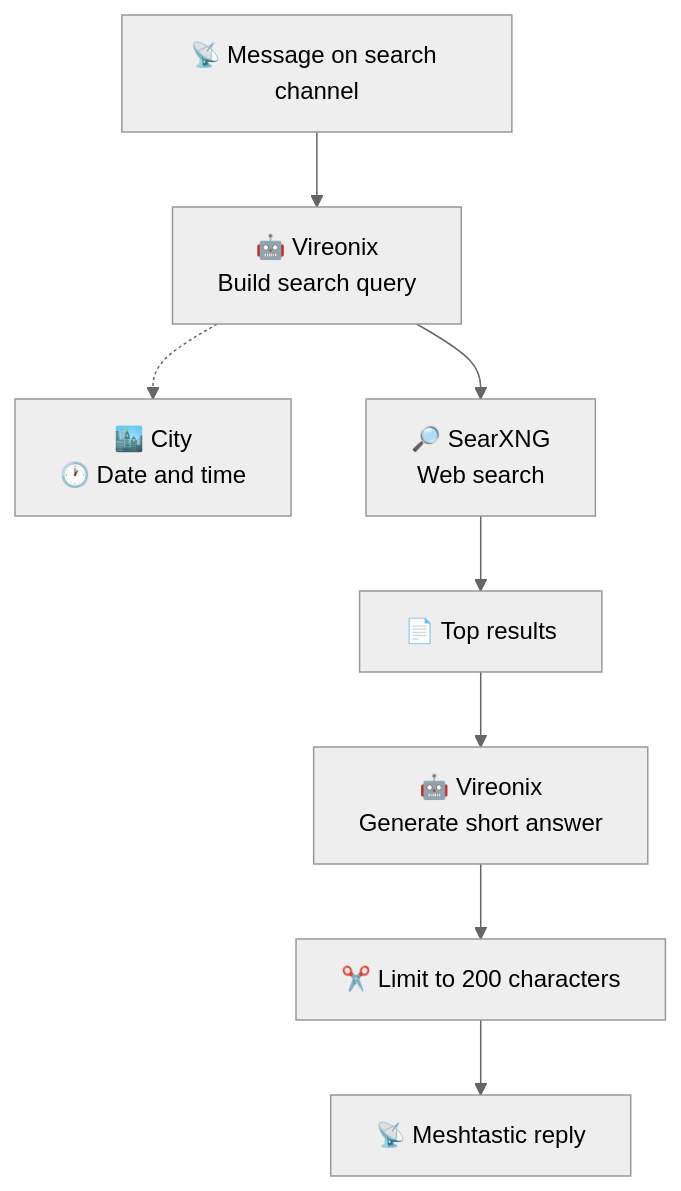
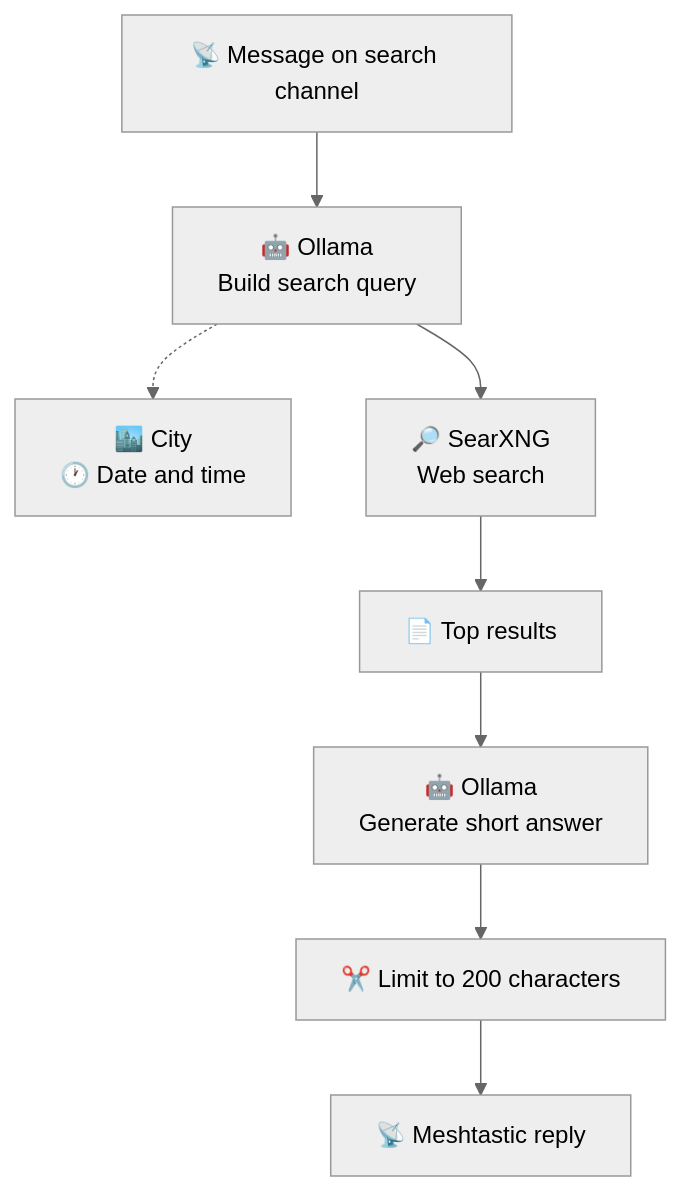
Before and after one commit to YR72dpi/meshtastic_search_bot: the second of 4 diagrams in README.md, drawn with Mermaid (neutral theme). The commit also changed other lines of this file and 5 other files, not shown here.

Commit message:
✨ feat: integrate Ollama for LLM processing and remove Vireonix

````diff
--- a/README.md
+++ b/README.md
@@ -124,10 +124,10 @@
 ```mermaid
 flowchart TD
-    A["📡 Message on search channel"] --> B["🤖 Vireonix<br/>Build search query"]
+    A["📡 Message on search channel"] --> B["🤖 Ollama<br/>Build search query"]
     B -.-> L["🏙️ City<br/>🕐 Date and time"]
     B --> C["🔎 SearXNG<br/>Web search"]
     C --> D["📄 Top results"]
-    D --> E["🤖 Vireonix<br/>Generate short answer"]
+    D --> E["🤖 Ollama<br/>Generate short answer"]
     E --> F["✂️ Limit to 200 characters"]
     F --> G["📡 Meshtastic reply"]
 ```
````
